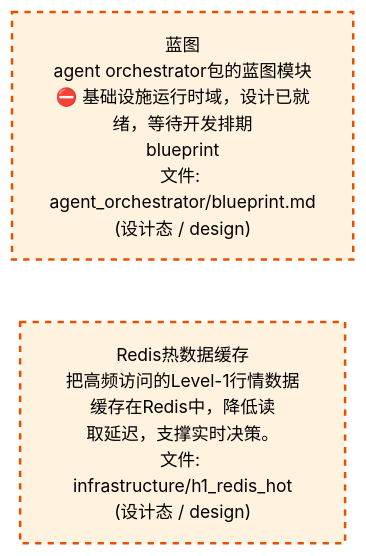
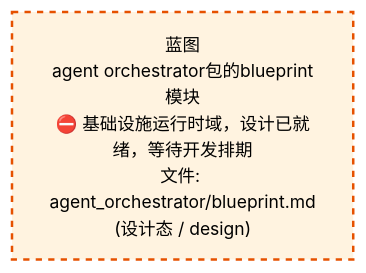
Before and after one commit to xuanFelixVan/ZephyrAlpha: the third of 4 diagrams in docs/02_enterprise_architecture/02_domain_architecture_docs/06_d_infra_runtime.md, drawn with Mermaid. The commit also changed other lines of this file and 61 other files, not shown here.

````diff
--- a/docs/02_enterprise_architecture/02_domain_architecture_docs/06_d_infra_runtime.md
+++ b/docs/02_enterprise_architecture/02_domain_architecture_docs/06_d_infra_runtime.md
@@ -1082,12 +1095,10 @@
 ```mermaid
 %%{init: {'theme': 'base', 'themeVariables': {'primaryColor': '#eaeaea', 'primaryTextColor': '#333333', 'primaryBorderColor': '#666666', 'lineColor': '#666666', 'secondaryColor': '#eaeaea', 'tertiaryColor': '#eaeaea', 'fontSize': '14px'}}}%%
 flowchart TD
-    docs_03_modules_cross_layer_agent_orchestrator_blueprint_md["蓝图<br/>agent orchestrator包的蓝图模块<br/>⛔ 基础设施运行时域，设计已就绪，等待开发排期<br/>blueprint<br/>文件: agent_orchestrator/blueprint.md<br/>(设计态 / design)"]
-    src_zephyr_infrastructure_h1_redis_hot["Redis热数据缓存<br/>把高频访问的Level-1行情数据缓存在Redis中，降低读<br/>取延迟，支撑实时决策。<br/>文件: infrastructure/h1_redis_hot<br/>(设计态 / design)"]
-    docs_03_modules_cross_layer_agent_orchestrator_blueprint_md ~~~ src_zephyr_infrastructure_h1_redis_hot
+    docs_03_modules_cross_layer_agent_orchestrator_blueprint_md["蓝图<br/>agent orchestrator包的blueprint模块<br/>⛔ 基础设施运行时域，设计已就绪，等待开发排期<br/>文件: agent_orchestrator/blueprint.md<br/>(设计态 / design)"]
     classDef production fill:#e1f5fe,stroke:#01579b,stroke-width:2px,color:#000
     classDef design fill:#fff3e0,stroke:#e65100,stroke-width:2px,color:#000,stroke-dasharray: 5 5
     classDef external_prod fill:#e8f4fd,stroke:#0277bd,stroke-width:1px,color:#000
     classDef external_design fill:#fff8e7,stroke:#ef6c00,stroke-width:1px,color:#000,stroke-dasharray: 5 5
-    class docs_03_modules_cross_layer_agent_orchestrator_blueprint_md,src_zephyr_infrastructure_h1_redis_hot design
+    class docs_03_modules_cross_layer_agent_orchestrator_blueprint_md design
 ```
````
